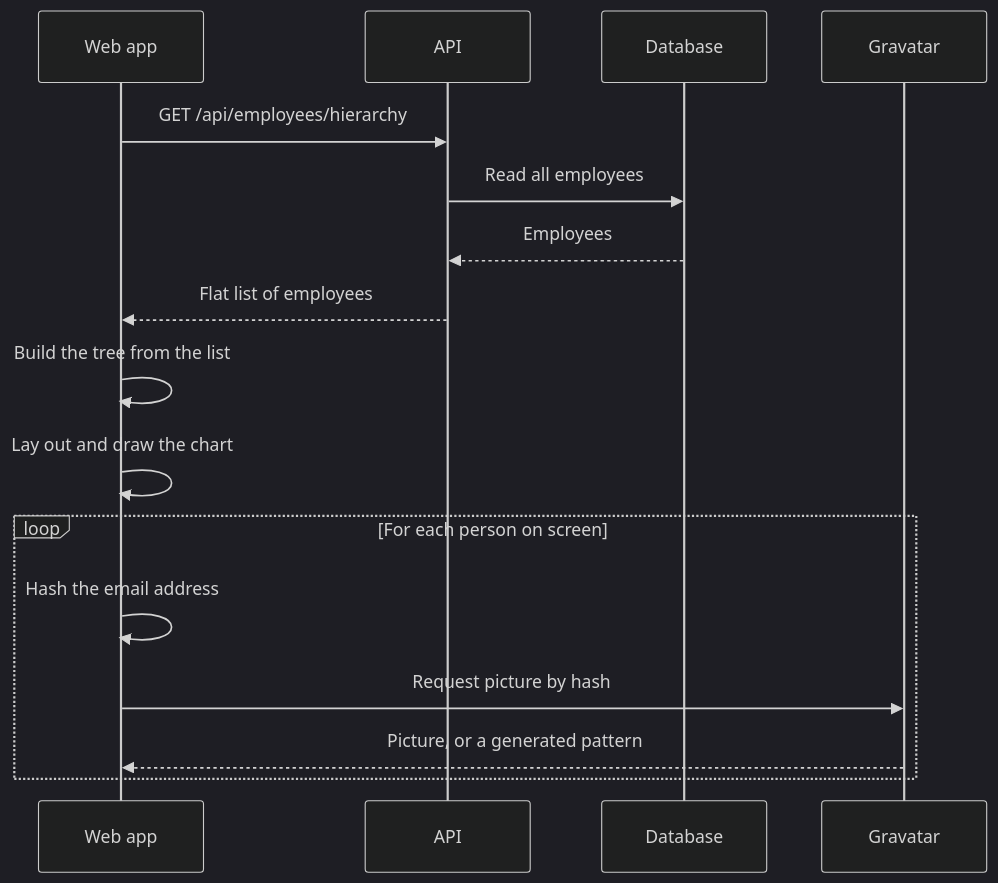
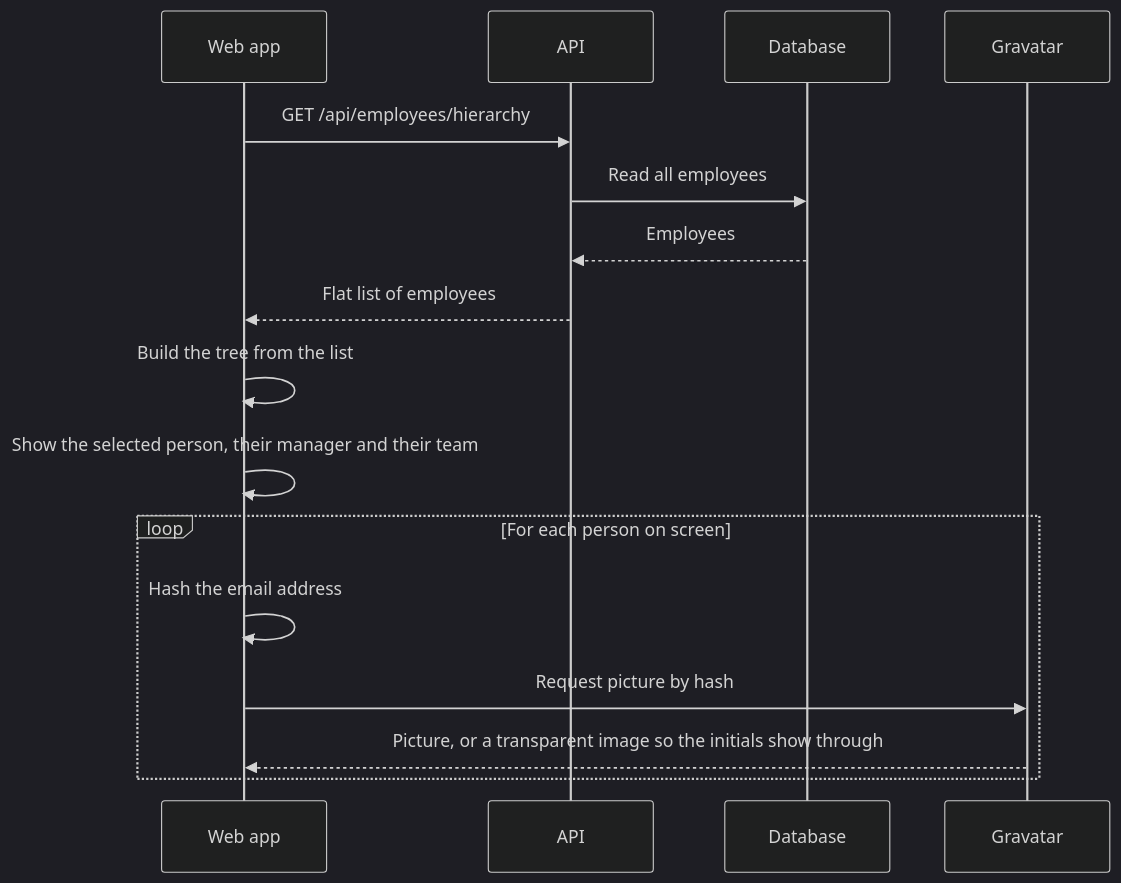
Before and after one commit to Ayush-B99/hierarchyHub: the seventh of 10 diagrams in docs/sas/SAS.md, drawn with Mermaid (dark theme). The commit also changed other lines of this file and 1 other file, not shown here.

Commit message:
Add deployment and architecture diagrams, finalise the technical document

````diff
--- a/docs/sas/SAS.md
+++ b/docs/sas/SAS.md
@@ -197,19 +230,19 @@
 ```mermaid
 sequenceDiagram
     participant W as Web app
     participant A as API
     participant D as Database
     participant G as Gravatar
 
     W->>A: GET /api/employees/hierarchy
     A->>D: Read all employees
     D-->>A: Employees
     A-->>W: Flat list of employees
     W->>W: Build the tree from the list
-    W->>W: Lay out and draw the chart
+    W->>W: Show the selected person, their manager and their team
     loop For each person on screen
         W->>W: Hash the email address
         W->>G: Request picture by hash
-        G-->>W: Picture, or a generated pattern
+        G-->>W: Picture, or a transparent image so the initials show through
     end
 ```
````
